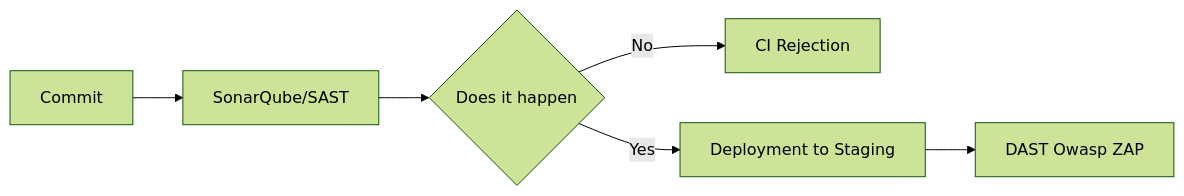
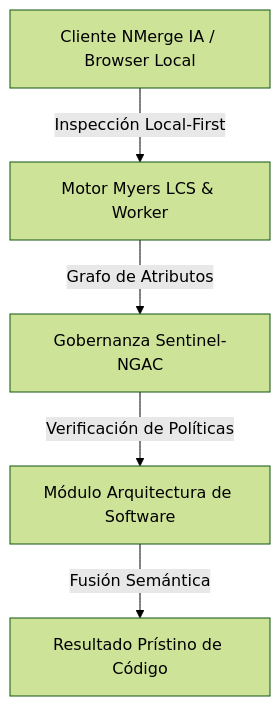
One commit to gjpierp/nmergeia changed the diagram in public/docs/en/tema_08_devsecops_vault.md. Above: the diagram before and after it, drawn with Mermaid (forest theme). The commit also changed other lines of this file and 518 other files, not shown here.

````diff
--- a/public/docs/en/tema_08_devsecops_vault.md
+++ b/public/docs/en/tema_08_devsecops_vault.md
@@ -12,8 +36,7 @@
 ```mermaid
-graph LR
-  A[Commit] --> B[SonarQube/SAST]
-  B --> C{Does it happen}
-  C -->|No| D[CI Rejection]
-  C -->|Yes| E[Deployment to Staging]
-  E --> F[DAST Owasp ZAP]
+graph TD
+    A[Cliente NMerge IA / Browser Local] -->|Inspección Local-First| B[Motor Myers LCS & Worker]
+    B -->|Grafo de Atributos| C[Gobernanza Sentinel-NGAC]
+    C -->|Verificación de Políticas| D[Módulo Arquitectura de Software]
+    D -->|Fusión Semántica| E[Resultado Prístino de Código]
 ```
````
